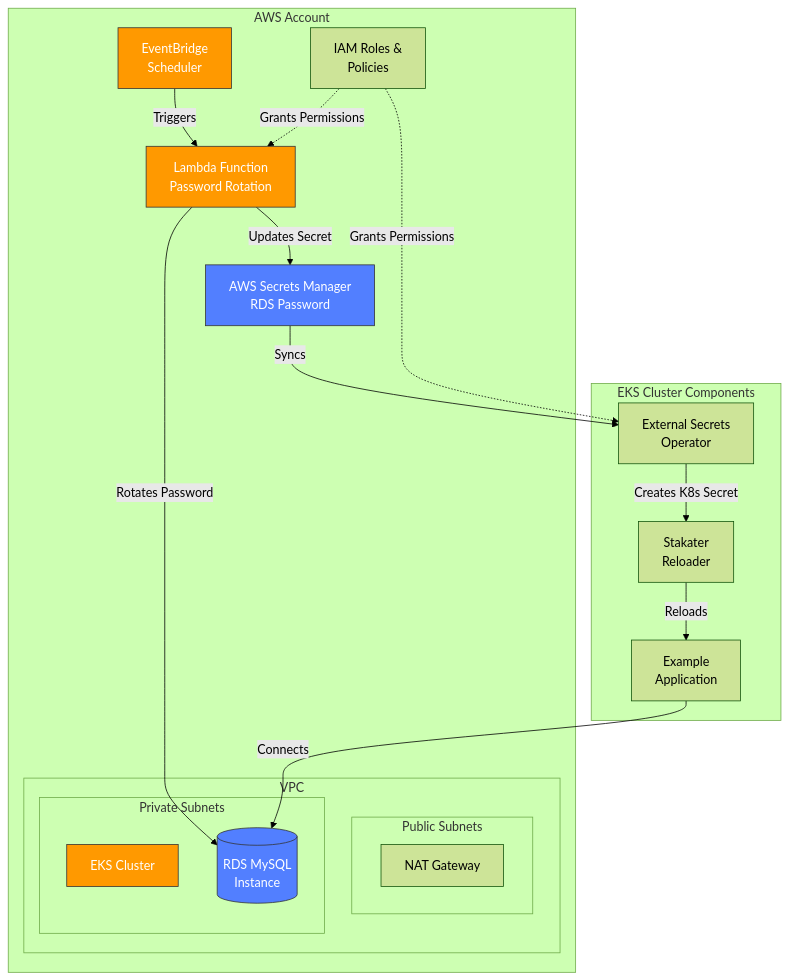
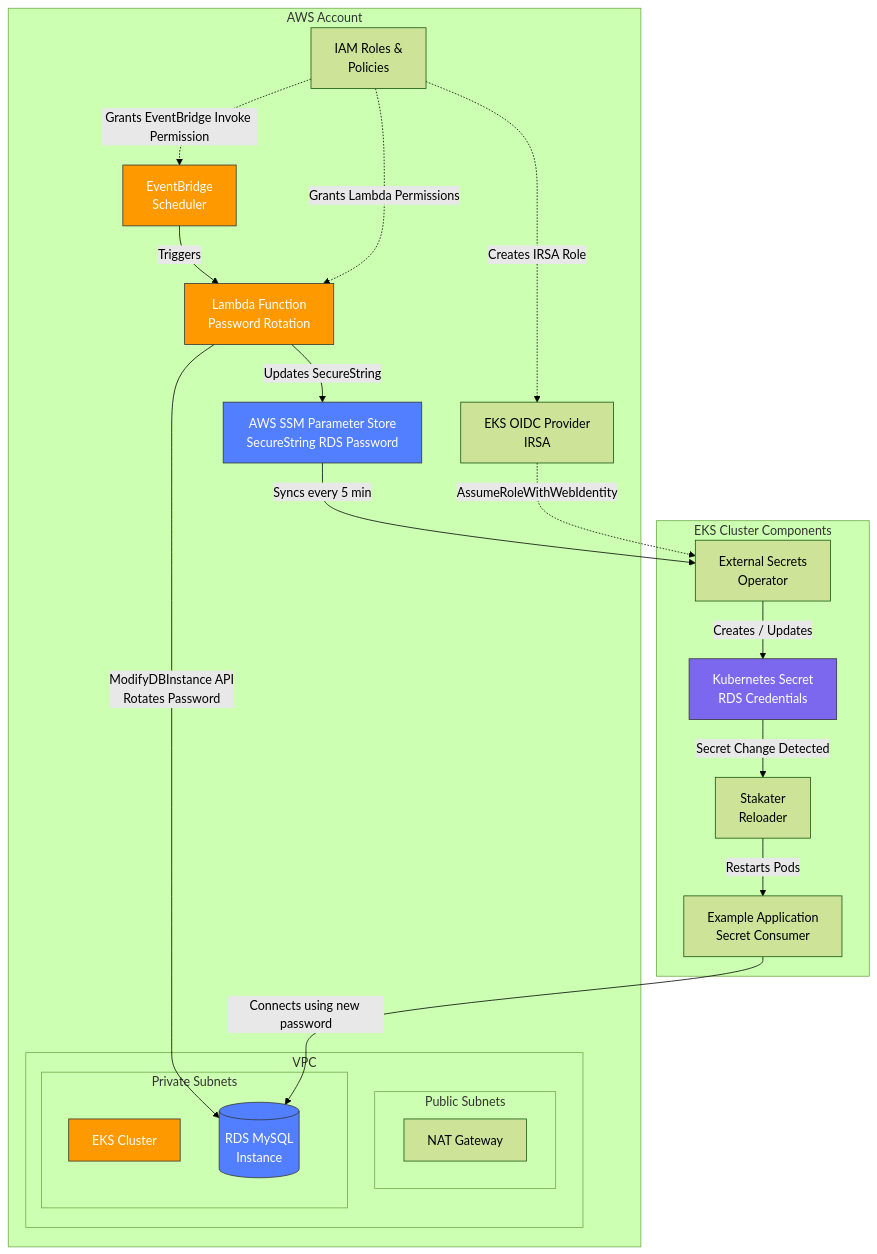
The diagram in README.md (imagefactory-web/rds-password-rotation), drawn with Mermaid (forest theme) before and after one commit.

````diff
--- a/README.md
+++ b/README.md
@@ -15,41 +15,50 @@
 ```mermaid
 graph TB
     subgraph "AWS Account"
         subgraph "VPC"
             subgraph "Public Subnets"
                 NAT["NAT Gateway"]
             end
+
             subgraph "Private Subnets"
                 EKS["EKS Cluster"]
                 RDS[("RDS MySQL<br/>Instance")]
             end
         end
-        
+
         EB["EventBridge<br/>Scheduler"]
         Lambda["Lambda Function<br/>Password Rotation"]
-        SM["AWS Secrets Manager<br/>RDS Password"]
+        SSM["AWS SSM Parameter Store<br/>SecureString RDS Password"]
         IAM["IAM Roles &<br/>Policies"]
+        OIDC["EKS OIDC Provider<br/>IRSA"]
     end
-    
+
     subgraph "EKS Cluster Components"
         ESO["External Secrets<br/>Operator"]
         Reloader["Stakater<br/>Reloader"]
-        App["Example<br/>Application"]
+        App["Example Application<br/>Secret Consumer"]
+        K8SSecret["Kubernetes Secret<br/>RDS Credentials"]
     end
-    
+
     EB -->|Triggers| Lambda
-    Lambda -->|Updates Secret| SM
-    Lambda -->|Rotates Password| RDS
-    SM -->|Syncs| ESO
-    ESO -->|Creates K8s Secret| Reloader
-    Reloader -->|Reloads| App
-    App -->|Connects| RDS
-    IAM -.->|Grants Permissions| Lambda
-    IAM -.->|Grants Permissions| ESO
-    
+    Lambda -->|ModifyDBInstance API<br/>Rotates Password| RDS
+    Lambda -->|Updates SecureString| SSM
+
+    SSM -->|Syncs every 5 min| ESO
+    ESO -->|Creates / Updates| K8SSecret
+    K8SSecret -->|Secret Change Detected| Reloader
+    Reloader -->|Restarts Pods| App
+    App -->|Connects using new password| RDS
+
+    IAM -.->|Grants Lambda Permissions| Lambda
+    IAM -.->|Grants EventBridge Invoke Permission| EB
+    IAM -.->|Creates IRSA Role| OIDC
+    OIDC -.->|AssumeRoleWithWebIdentity| ESO
+
     style EKS fill:#FF9900,stroke:#333,color:#fff
     style RDS fill:#527FFF,stroke:#333,color:#fff
     style Lambda fill:#FF9900,stroke:#333,color:#fff
-    style SM fill:#527FFF,stroke:#333,color:#fff
+    style SSM fill:#527FFF,stroke:#333,color:#fff
     style EB fill:#FF9900,stroke:#333,color:#fff
+    style K8SSecret fill:#7B68EE,stroke:#333,color:#fff
 ```
````
